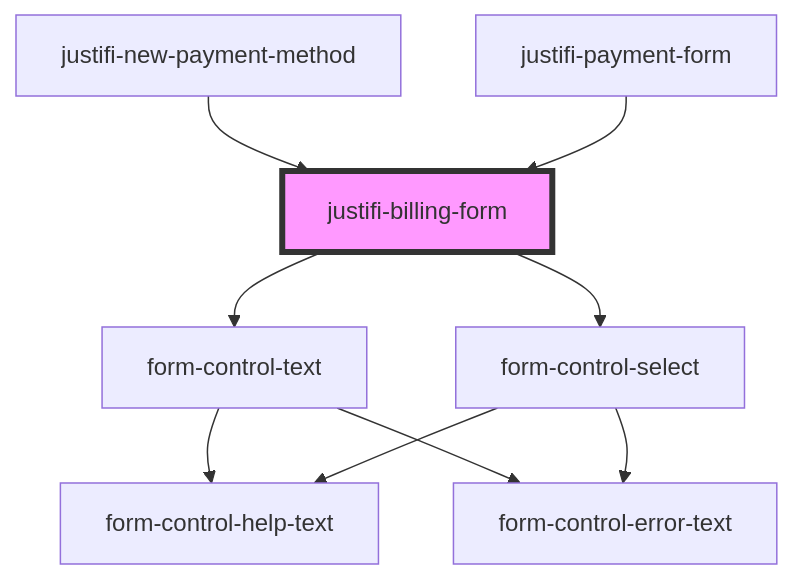
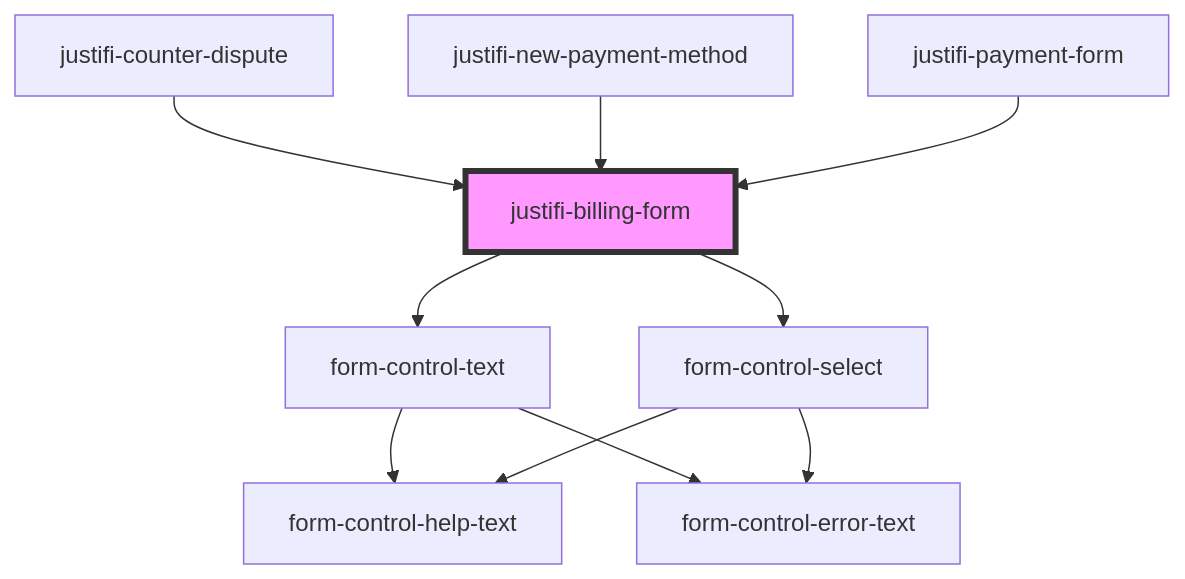
One commit to justifi-tech/web-component-library changed the diagram in packages/webcomponents/src/components/billing-form/readme.md. Above: the diagram before and after it, drawn with Mermaid. The commit also changed other lines of this file and 6 other files, not shown here.

````diff
--- a/packages/webcomponents/src/components/billing-form/readme.md
+++ b/packages/webcomponents/src/components/billing-form/readme.md
@@ -67,12 +68,13 @@
 ```mermaid
 graph TD;
   justifi-billing-form --> form-control-text
   justifi-billing-form --> form-control-select
   form-control-text --> form-control-help-text
   form-control-text --> form-control-error-text
   form-control-select --> form-control-help-text
   form-control-select --> form-control-error-text
+  justifi-counter-dispute --> justifi-billing-form
   justifi-new-payment-method --> justifi-billing-form
   justifi-payment-form --> justifi-billing-form
   style justifi-billing-form fill:#f9f,stroke:#333,stroke-width:4px
 ```
````
